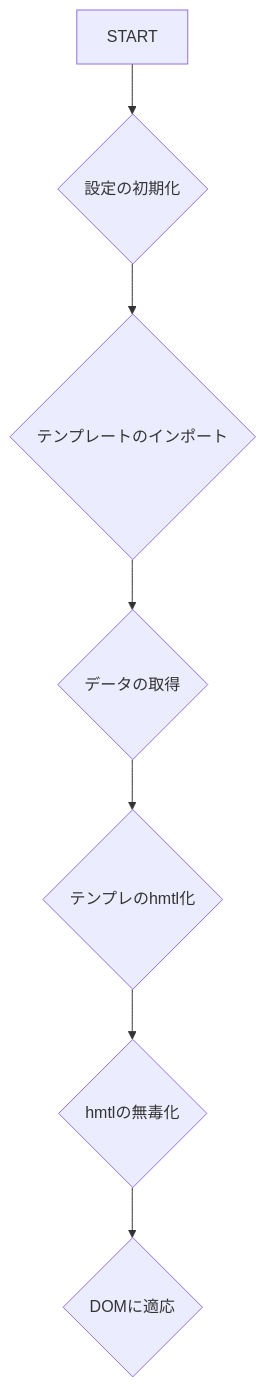
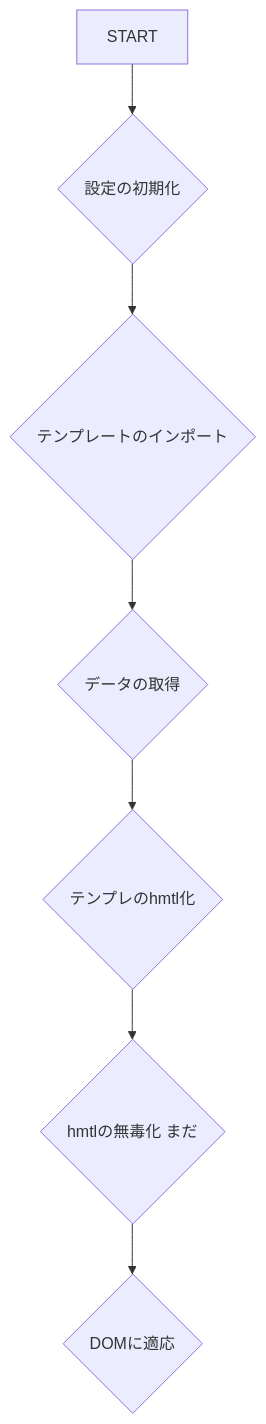
Before and after one commit to sika7/universal-ad-engine: the diagram in README.md, drawn with Mermaid.

Commit message:
READMEを変更

````diff
--- a/README.md
+++ b/README.md
@@ -8,9 +8,9 @@
 ```mermaid
 flowchart TD
   START --> A{設定の初期化}
   A --> B{テンプレートのインポート}
   B --> C{データの取得}
   C --> D{テンプレのhmtl化}
-  D --> F{hmtlの無毒化}
+  D --> F{hmtlの無毒化 まだ}
   F --> G{DOMに適応}
 ```
````
